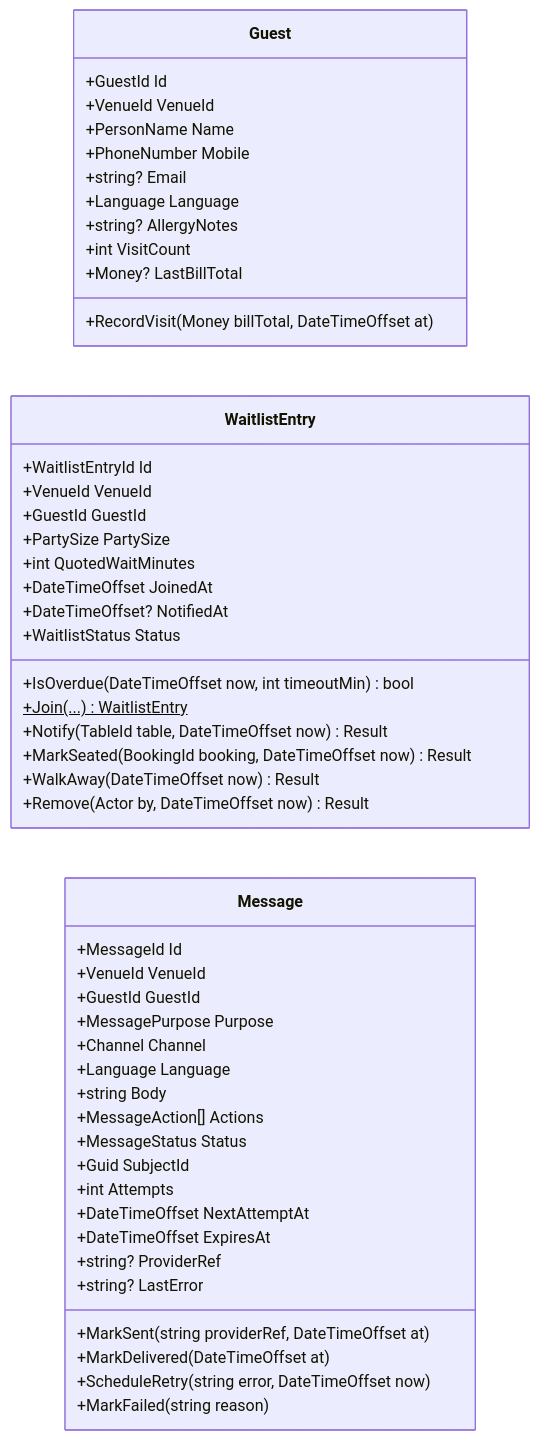
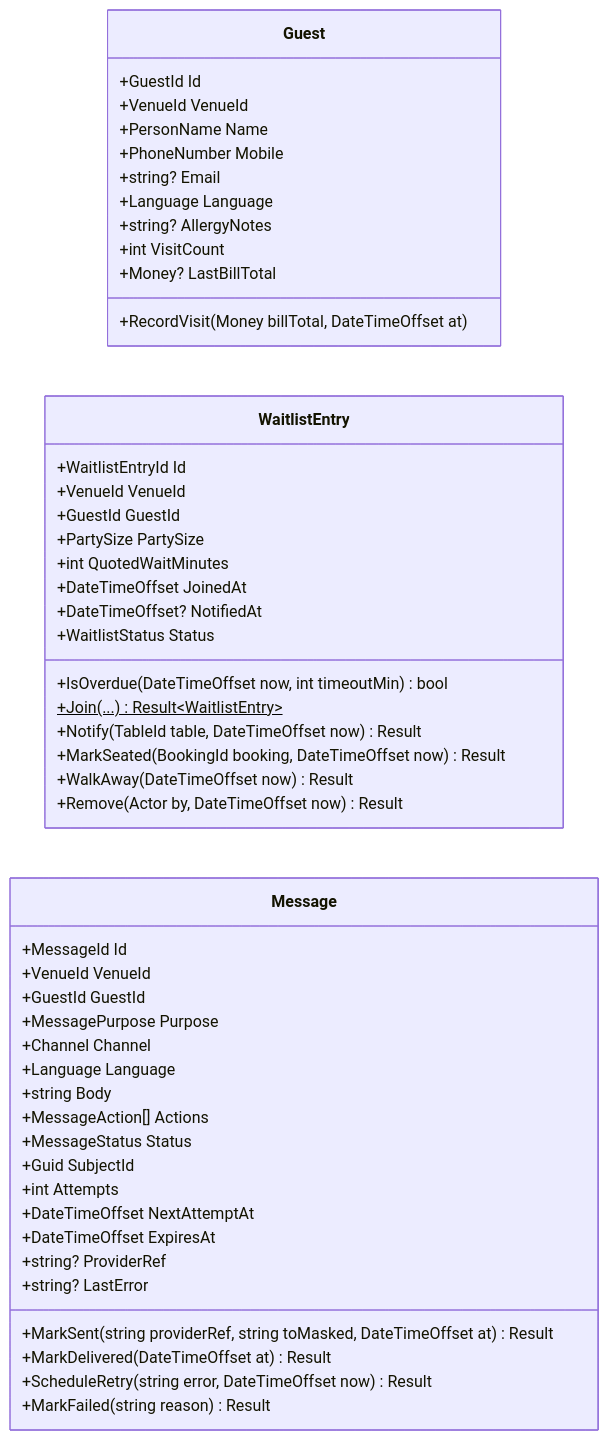
One commit to ring9834/TableReservation changed the fourth of 28 diagrams in docs/Design.md. Above: the diagram before and after it, drawn with Mermaid. The commit also changed other lines of this file and 31 other files, not shown here.

````diff
--- a/docs/Design.md
+++ b/docs/Design.md
@@ -287,53 +294,53 @@
 ```mermaid
 classDiagram
     direction LR
     class Guest {
         +GuestId Id
         +VenueId VenueId
         +PersonName Name
         +PhoneNumber Mobile
         +string? Email
         +Language Language
         +string? AllergyNotes
         +int VisitCount
         +Money? LastBillTotal
         +RecordVisit(Money billTotal, DateTimeOffset at)
     }
     class WaitlistEntry {
         +WaitlistEntryId Id
         +VenueId VenueId
         +GuestId GuestId
         +PartySize PartySize
         +int QuotedWaitMinutes
         +DateTimeOffset JoinedAt
         +DateTimeOffset? NotifiedAt
         +WaitlistStatus Status
         +IsOverdue(DateTimeOffset now, int timeoutMin) bool
-        +Join(...)$ WaitlistEntry
+        +Join(...)$ Result~WaitlistEntry~
         +Notify(TableId table, DateTimeOffset now) Result
         +MarkSeated(BookingId booking, DateTimeOffset now) Result
         +WalkAway(DateTimeOffset now) Result
         +Remove(Actor by, DateTimeOffset now) Result
     }
     class Message {
         +MessageId Id
         +VenueId VenueId
         +GuestId GuestId
         +MessagePurpose Purpose
         +Channel Channel
         +Language Language
         +string Body
         +MessageAction[] Actions
         +MessageStatus Status
         +Guid SubjectId
         +int Attempts
         +DateTimeOffset NextAttemptAt
         +DateTimeOffset ExpiresAt
         +string? ProviderRef
         +string? LastError
-        +MarkSent(string providerRef, DateTimeOffset at)
-        +MarkDelivered(DateTimeOffset at)
-        +ScheduleRetry(string error, DateTimeOffset now)
-        +MarkFailed(string reason)
+        +MarkSent(string providerRef, string toMasked, DateTimeOffset at) Result
+        +MarkDelivered(DateTimeOffset at) Result
+        +ScheduleRetry(string error, DateTimeOffset now) Result
+        +MarkFailed(string reason) Result
     }
 ```
````
